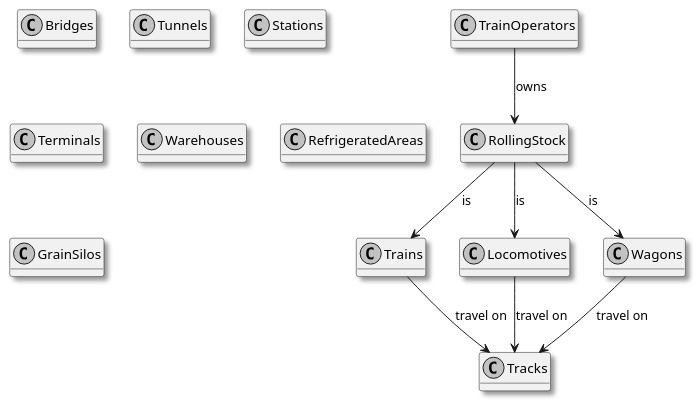
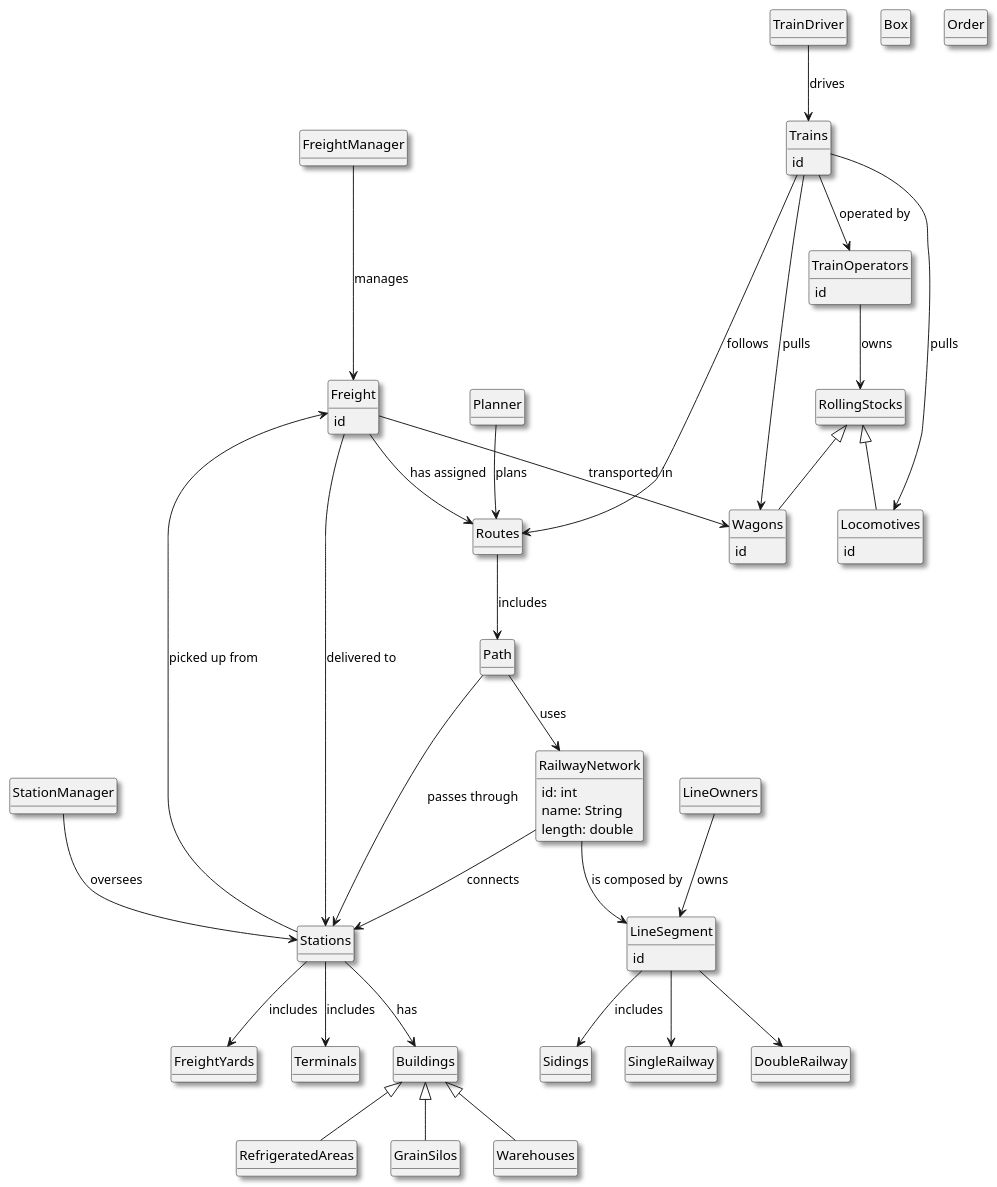
Before and after one commit to Departamento-de-Engenharia-Informatica/sem3-pi-25-26-g023-repo: the diagram in src/SPRINT1/LAPR3/USLP01/domain model.puml, drawn with PlantUML.

Commit message:
Some changes to the domain model,

```diff
--- a/src/SPRINT1/LAPR3/USLP01/domain model.puml
+++ b/src/SPRINT1/LAPR3/USLP01/domain model.puml
@@ -1,67 +1,134 @@
 @startuml
 'https://plantuml.com/class-diagram
 
 
 skinparam monochrome true
 skinparam packageStyle rectangle
 skinparam shadowing true
 
 hide methods
+hide circle
 
 
+TrainOperators --> RollingStocks : owns
+
+Trains --> TrainOperators : operated by
+Trains --> Routes : follows
+Trains --> Wagons : pulls
+Trains --> Locomotives : pulls
 
 
+TrainDriver --> Trains : drives
+FreightManager ---> Freight : manages
+StationManager --> Stations : oversees
 
-TrainOperators --> RollingStock : owns
+LineSegment --> Sidings : includes
 
-RollingStock --> Trains : is
-RollingStock --> Locomotives : is
-RollingStock --> Wagons : is
-Trains --> Tracks : travel on
-Locomotives --> Tracks : travel on
-Wagons --> Tracks : travel on
+RollingStocks <|-- Locomotives
+RollingStocks <|-- Wagons
+Freight --> Wagons : transported in
 
+LineSegment --> SingleRailway
+LineSegment --> DoubleRailway
+RailwayNetwork --> LineSegment : is composed by
 
+Stations --> FreightYards : includes
+Stations --> Terminals : includes
 
+RailwayNetwork --> Stations : connects
 
+Planner --> Routes : plans
+Routes --> Path : includes
+Path --> RailwayNetwork : uses
+Path --> Stations : passes through
 
-class Tracks{
+LineOwners --> LineSegment : owns
+
+Stations --> Buildings : has
+
+Buildings <|-- RefrigeratedAreas
+Buildings <|-- GrainSilos
+Buildings <|-- Warehouses
+
+Freight --> Stations : delivered to
+Freight <-- Stations : picked up from
+Freight --> Routes : has assigned
+
+class RailwayNetwork{
+id: int
+name: String
+length: double
 }
 
 class TrainOperators{
+id
 }
-class RollingStock{
+
+class RollingStocks{
 }
 class Trains{
+id
 }
 class Locomotives{
+id
 }
 class Wagons{
+id
+}
+class Freight{
+id
+}
+
+class LineSegment{
+id
+}
+
+class Box{
+}
+class Order{
 }
 
 
 
 
-class Bridges{
+class Routes{
 }
-class Tunnels{
+class Path{
 }
+
+class SingleRailway{
+}
+class DoubleRailway{
+}
+
 
 
 class Stations{
 }
+class Buildings{
+}
 class Terminals{
 }
+
 
 class Warehouses{
 }
 class RefrigeratedAreas{
 }
 class GrainSilos{
 }
 
+class Planner{
+}
 
+class LineOwners{
+}
+
+class FreightYards{
+}
+class Sidings{
+}
 
 
 
 @enduml
```
